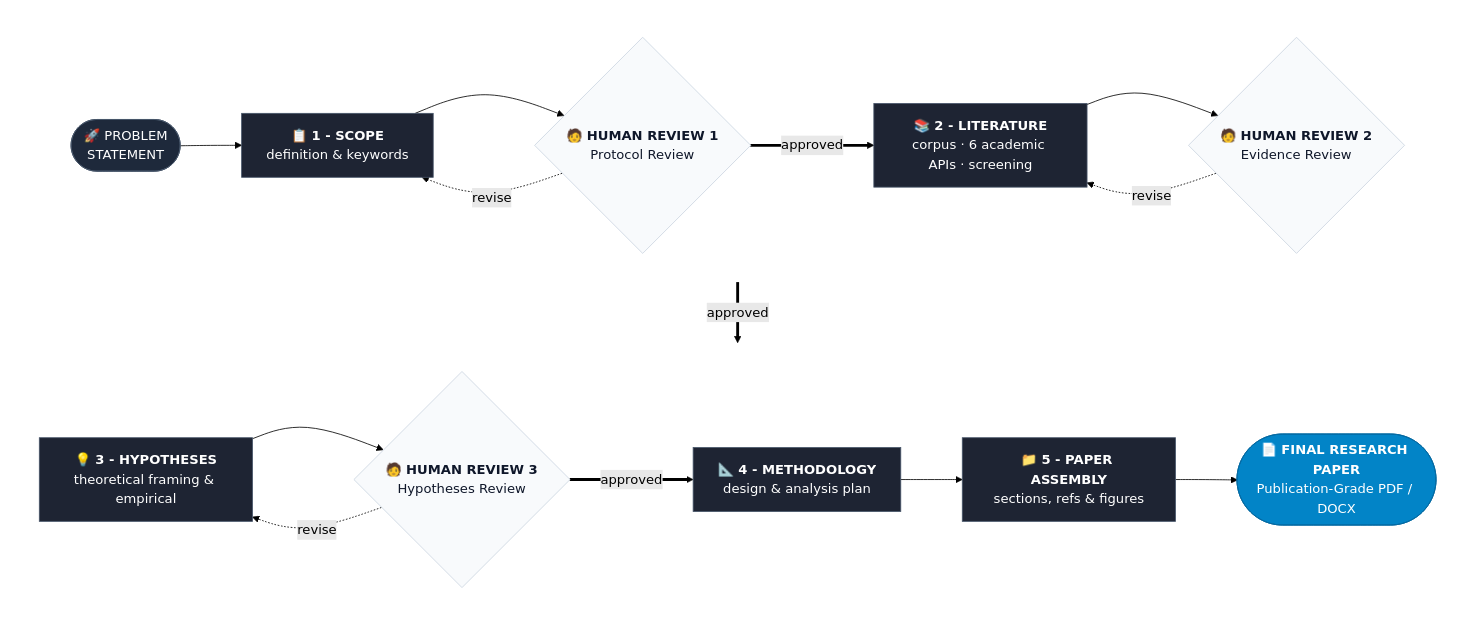
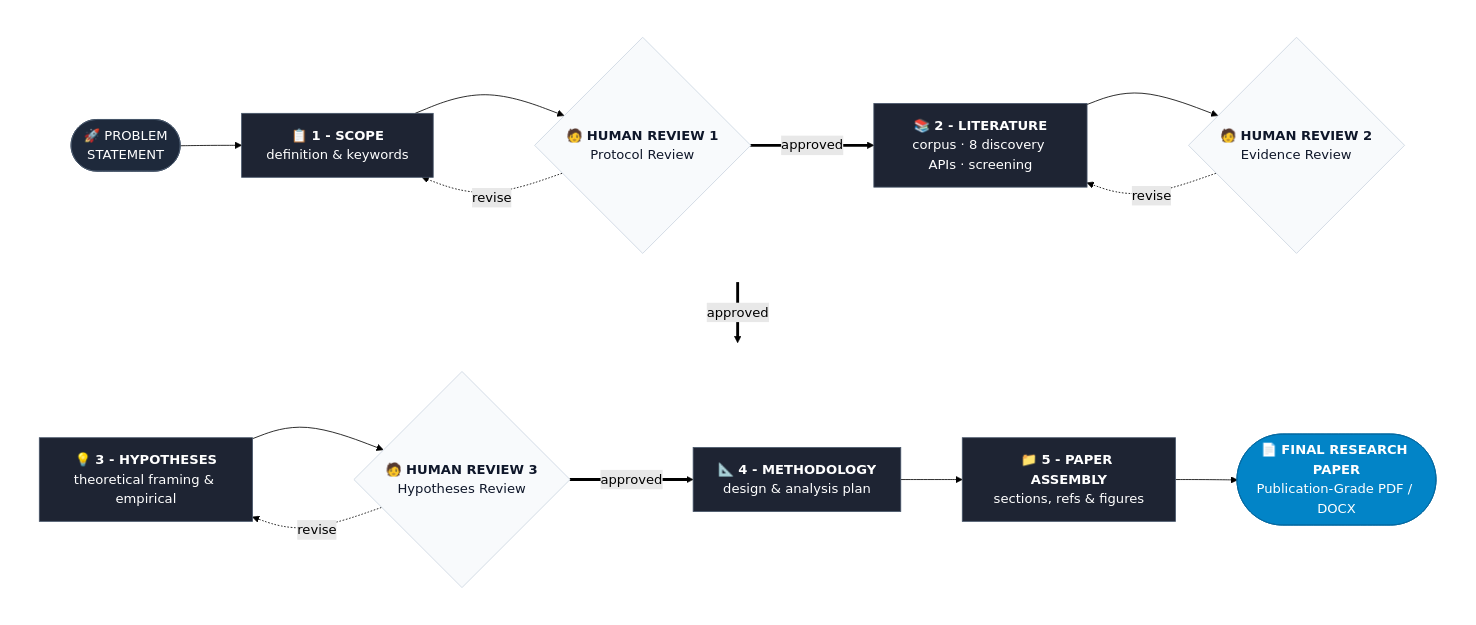
Before and after one commit to Aryan-Pardeshi/DeepResearch_AI: the second of 2 diagrams in README.md, drawn with Mermaid (forest theme). The commit also changed other lines of this file and 1 other file, not shown here.

Commit message:
docs(readme): document all academic API integrations

````diff
--- a/README.md
+++ b/README.md
@@ -69,34 +69,34 @@
 ```mermaid
 flowchart TB
     subgraph R1 [" "]
         direction LR
         START(["🚀 PROBLEM<br/>STATEMENT"]) --> P1["📋 <b>1 - SCOPE</b><br/>definition & keywords"]
         P1 --> G1{"🧑 <b>HUMAN REVIEW 1</b><br/>Protocol Review"}
         G1 -.->|"revise"| P1
-        G1 ==>|"approved"| P2["📚 <b>2 - LITERATURE</b><br/>corpus · 6 academic APIs · screening"]
+        G1 ==>|"approved"| P2["📚 <b>2 - LITERATURE</b><br/>corpus · 8 discovery APIs · screening"]
         P2 --> G2{"🧑 <b>HUMAN REVIEW 2</b><br/>Evidence Review"}
         G2 -.->|"revise"| P2
     end
     subgraph R2 [" "]
         direction LR
         P3["💡 <b>3 - HYPOTHESES</b><br/>theoretical framing & empirical"] --> G3{"🧑 <b>HUMAN REVIEW 3</b><br/>Hypotheses Review"}
         G3 -.->|"revise"| P3
         G3 ==>|"approved"| P4["📐 <b>4 - METHODOLOGY</b><br/>design & analysis plan"]
         P4 --> P5["📁 <b>5 - PAPER ASSEMBLY</b><br/>sections, refs & figures"]
         P5 --> OUT(["📄 <b>FINAL RESEARCH PAPER</b><br/>Publication-Grade PDF / DOCX"])
     end
     G2 ==>|"approved"| P3
 
     style START fill:#1e293b,stroke:#475569,color:#fff
     style P1 fill:#1e2433,stroke:#475569,color:#fff
     style P2 fill:#1e2433,stroke:#475569,color:#fff
     style P3 fill:#1e2433,stroke:#475569,color:#fff
     style P4 fill:#1e2433,stroke:#475569,color:#fff
     style P5 fill:#1e2433,stroke:#475569,color:#fff
     style G1 fill:#f8fafc,stroke:#cbd5e1,color:#0f172a
     style G2 fill:#f8fafc,stroke:#cbd5e1,color:#0f172a
     style G3 fill:#f8fafc,stroke:#cbd5e1,color:#0f172a
     style OUT fill:#0284c7,stroke:#0369a1,color:#fff
     style R1 fill:transparent,stroke:transparent
     style R2 fill:transparent,stroke:transparent
 ```
````
